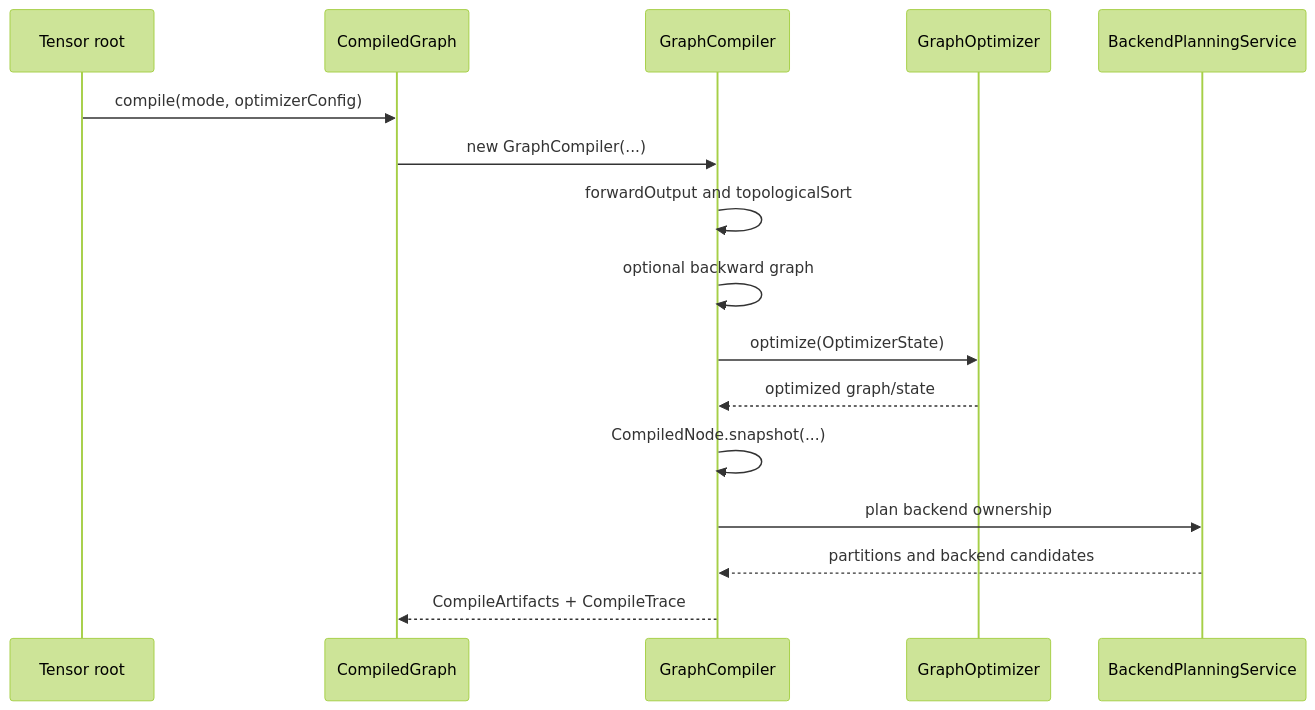
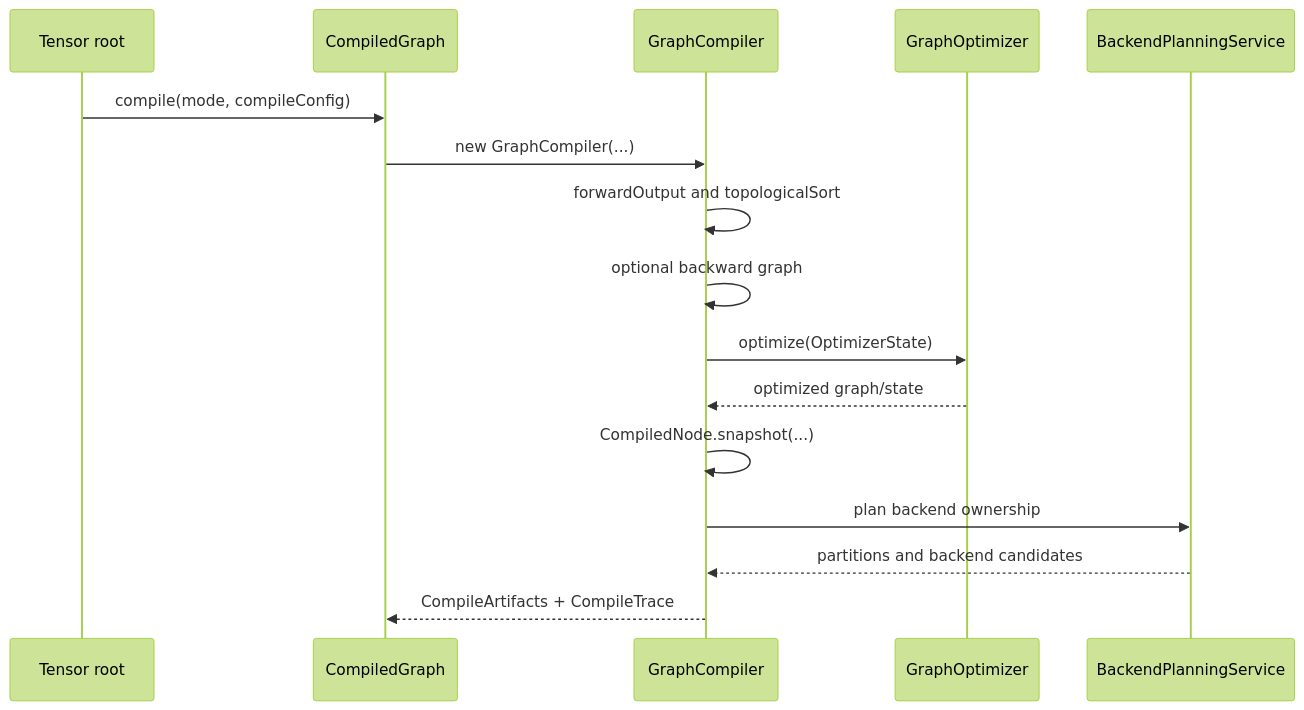
Before and after one commit to pho001/Synaptik: the second of 6 diagrams in docs/architecture.md, drawn with Mermaid (forest theme). The commit also changed other lines of this file and 34 other files, not shown here.

Commit message:
docs: align architecture with compile planning model

````diff
--- a/docs/architecture.md
+++ b/docs/architecture.md
@@ -121,19 +122,19 @@
 ```mermaid
 sequenceDiagram
     participant T as Tensor root
     participant CG as CompiledGraph
     participant GC as GraphCompiler
     participant O as GraphOptimizer
     participant BP as BackendPlanningService
 
-    T->>CG: compile(mode, optimizerConfig)
+    T->>CG: compile(mode, compileConfig)
     CG->>GC: new GraphCompiler(...)
     GC->>GC: forwardOutput and topologicalSort
     GC->>GC: optional backward graph
     GC->>O: optimize(OptimizerState)
     O-->>GC: optimized graph/state
     GC->>GC: CompiledNode.snapshot(...)
     GC->>BP: plan backend ownership
     BP-->>GC: partitions and backend candidates
     GC-->>CG: CompileArtifacts + CompileTrace
 ```
````
